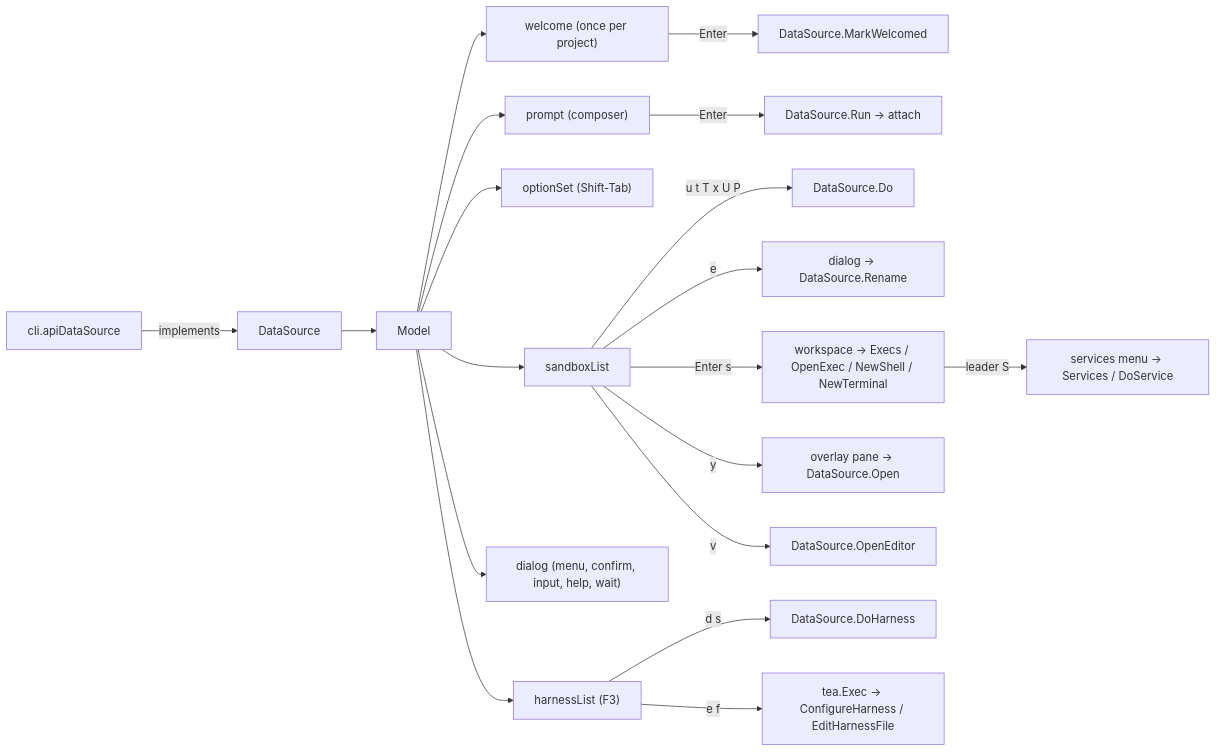
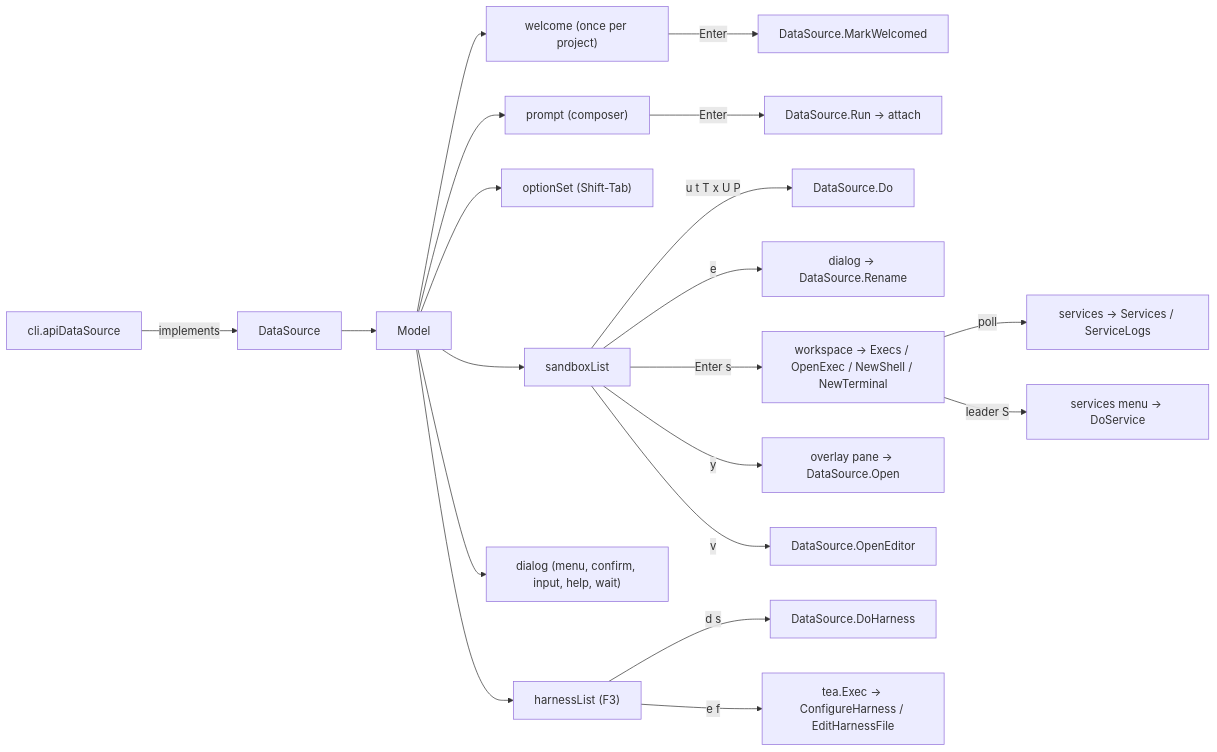
The diagram in cli/internal/tui/DESIGN.md (discobox-ai/discobox), drawn with Mermaid before and after one commit. The commit also changed other lines of this file and 10 other files, not shown here.

````diff
--- a/cli/internal/tui/DESIGN.md
+++ b/cli/internal/tui/DESIGN.md
@@ -13,21 +13,22 @@
 ```mermaid
 flowchart LR
     CLI["cli.apiDataSource"] -->|implements| DS["DataSource"]
     DS --> M["Model"]
     M --> P["prompt (composer)"]
     M --> L["sandboxList"]
     M --> O["optionSet (Shift-Tab)"]
     M --> A["harnessList (F3)"]
     M --> D["dialog (menu, confirm, input, help, wait)"]
     M --> W["welcome (once per project)"]
     W -->|Enter| MW["DataSource.MarkWelcomed"]
     P -->|Enter| Run["DataSource.Run → attach"]
     L -->|u t T x U P| Verb["DataSource.Do"]
     L -->|e| Rename["dialog → DataSource.Rename"]
     L -->|Enter s| WS["workspace → Execs / OpenExec / NewShell / NewTerminal"]
-    WS -->|leader S| Svc["services menu → Services / DoService"]
+    WS -->|poll| Svc["services → Services / ServiceLogs"]
+    WS -->|leader S| SvcMenu["services menu → DoService"]
     L -->|y| Overlay["overlay pane → DataSource.Open"]
     L -->|v| Editor["DataSource.OpenEditor"]
     A -->|d s| AVerb["DataSource.DoHarness"]
     A -->|e f| AExec["tea.Exec → ConfigureHarness / EditHarnessFile"]
 ```
````
